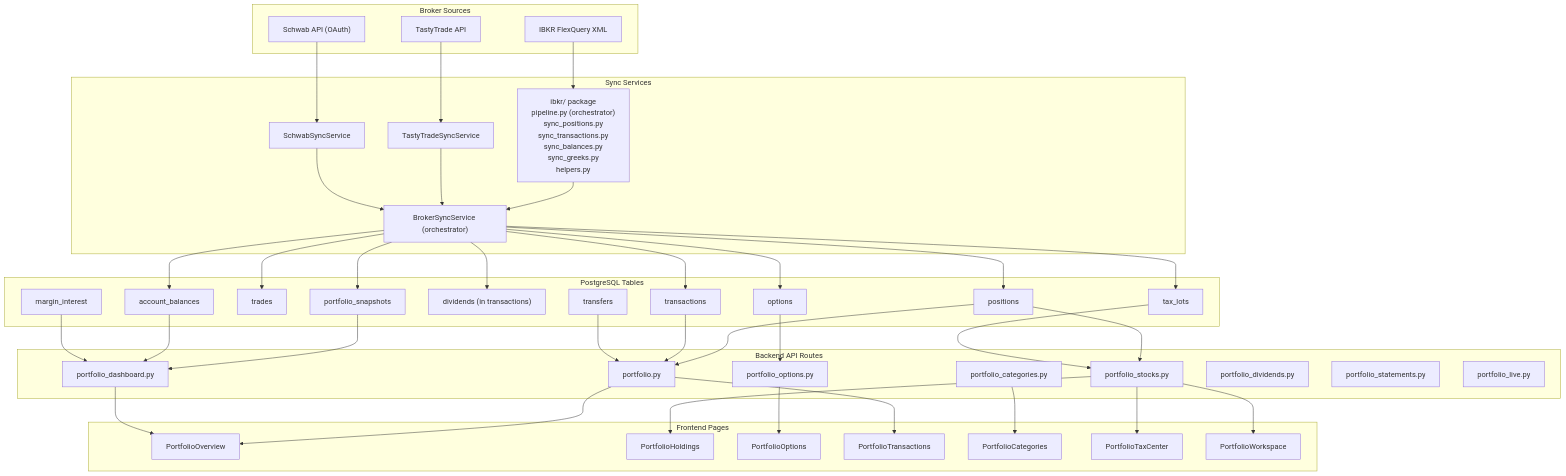
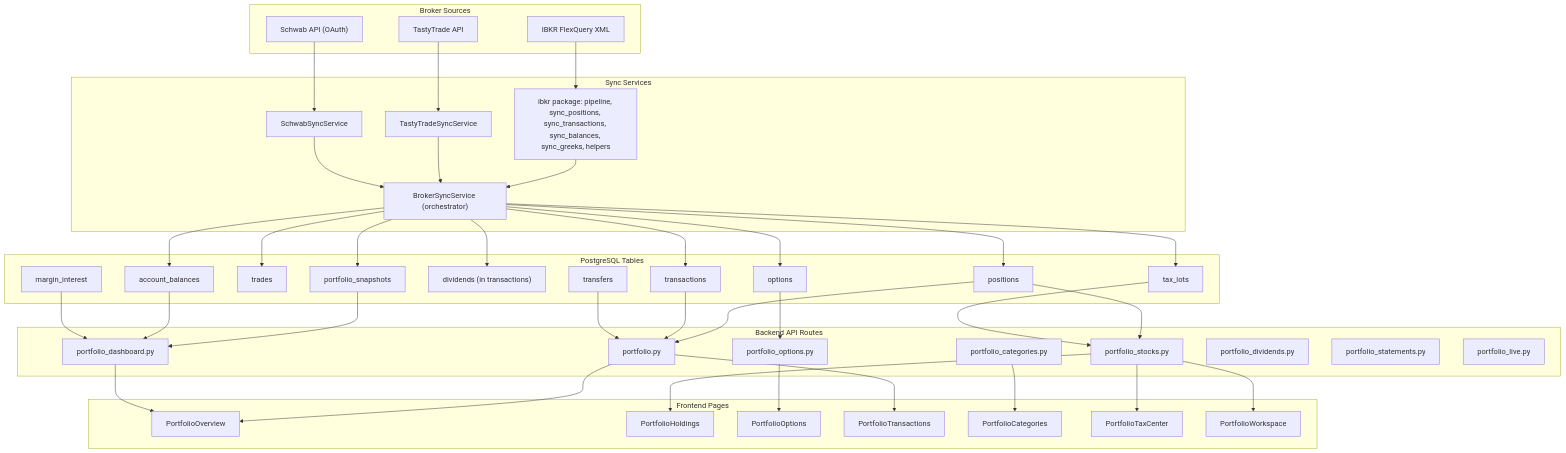
The first of 5 diagrams in docs/PORTFOLIO.md (paperwork-labs/paperwork), drawn with Mermaid before and after one commit. The commit also changed other lines of this file and 13 other files, not shown here.

Commit message:
docs: holistic docs improvement, Makefile usage, PR automation flow (#214)

```diff
--- a/docs/PORTFOLIO.md
+++ b/docs/PORTFOLIO.md
@@ -17,13 +28,7 @@
     end
 
     subgraph syncLayer ["Sync Services"]
-        IBKRSync["ibkr/ package
-        pipeline.py (orchestrator)
-        sync_positions.py
-        sync_transactions.py
-        sync_balances.py
-        sync_greeks.py
-        helpers.py"]
+        IBKRSync["ibkr package: pipeline, sync_positions, sync_transactions, sync_balances, sync_greeks, helpers"]
         TTSync["TastyTradeSyncService"]
         SCHSync["SchwabSyncService"]
         BrokerSync["BrokerSyncService (orchestrator)"]
```
